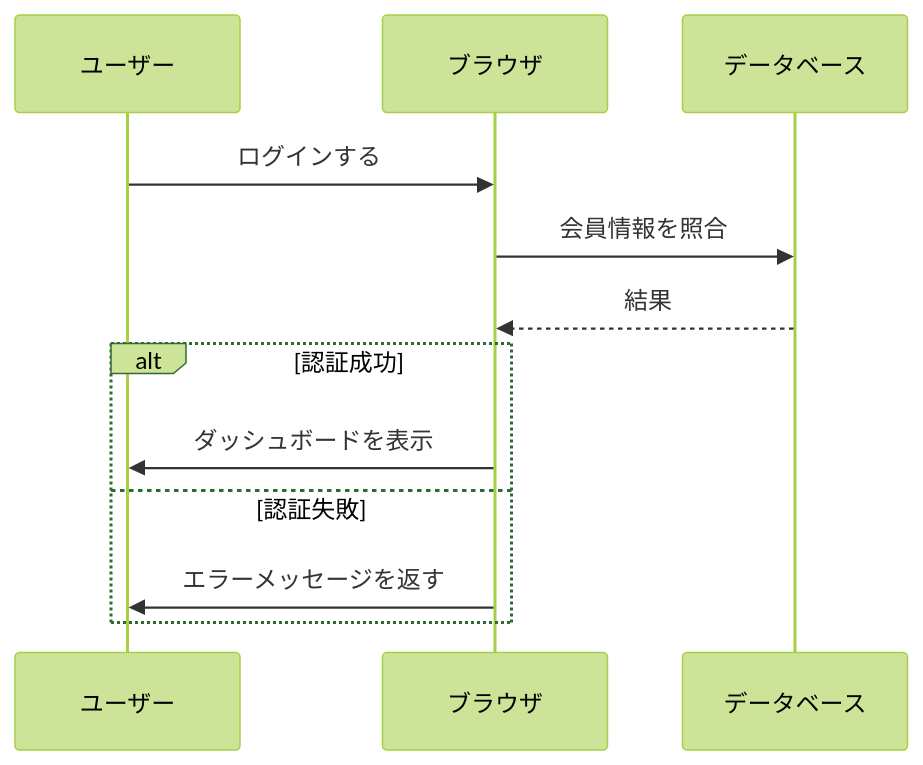
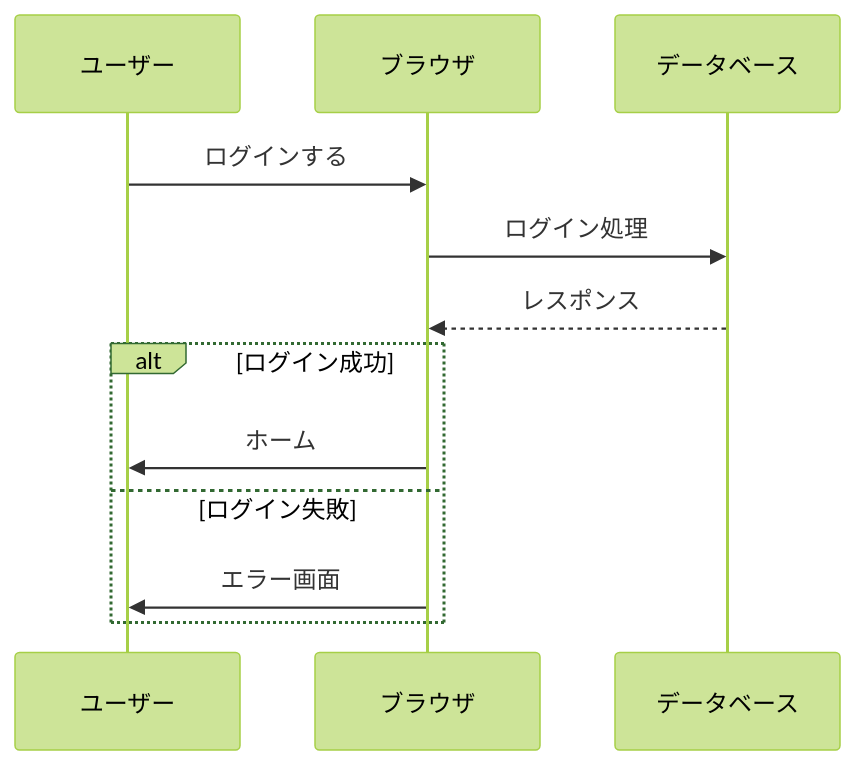
One commit to dekatotoro/docs changed the diagram in sample-docs/test1.mdx. Above: the diagram before and after it, drawn with Mermaid (forest theme).

Commit message:
Documentation edits made through Mintlify web editor

````diff
--- a/sample-docs/test1.mdx
+++ b/sample-docs/test1.mdx
@@ -6,15 +6,15 @@
 ```mermaid
 sequenceDiagram
     participant ユーザー
     participant ブラウザ
     participant データベース
     ユーザー->>ブラウザ:ログインする
-    ブラウザ->>データベース:会員情報を照合
-    データベース-->>ブラウザ:結果
+    ブラウザ->>データベース:ログイン処理
+    データベース-->>ブラウザ:レスポンス
 
-    alt 認証成功
-        ブラウザ->>ユーザー:ダッシュボードを表示
-    else　認証失敗
-        ブラウザ->>ユーザー:エラーメッセージを返す
+    alt ログイン成功
+        ブラウザ->>ユーザー:ホーム
+    else　ログイン失敗
+        ブラウザ->>ユーザー:エラー画面
     end
 ```
````
